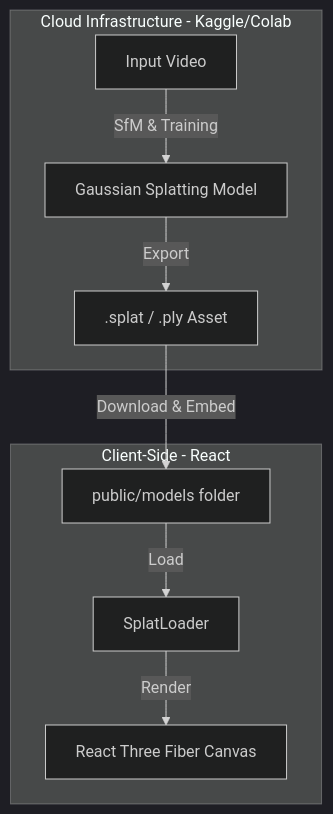
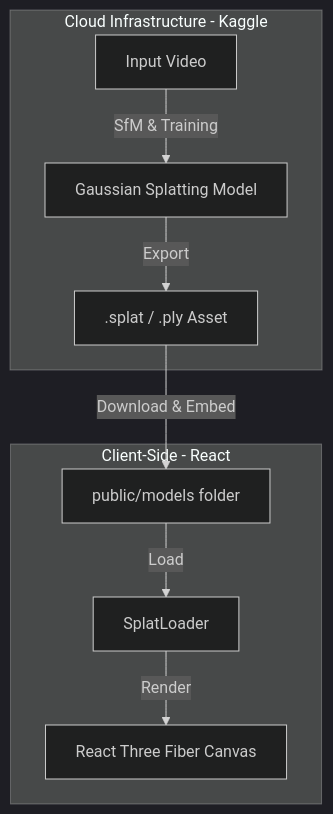
The diagram in README.md (Vasco888888/3dgs-viewer), drawn with Mermaid (dark theme) before and after one commit. The commit also changed 1 other file, not shown here.

Commit message:
Viewer setup

````diff
--- a/README.md
+++ b/README.md
@@ -71,13 +71,13 @@
 ```mermaid
 graph TD
-    subgraph Cloud [Cloud Infrastructure - Kaggle/Colab]
+    subgraph Cloud [Cloud Infrastructure - Kaggle]
     A[Input Video] -->|SfM & Training| B[Gaussian Splatting Model]
     B -->|Export| C[.splat / .ply Asset]
     end
 
     subgraph Local [Client-Side - React]
     C -->|Download & Embed| D[public/models folder]
     D -->|Load| E[SplatLoader]
     E -->|Render| F[React Three Fiber Canvas]
     end
 ```
````
